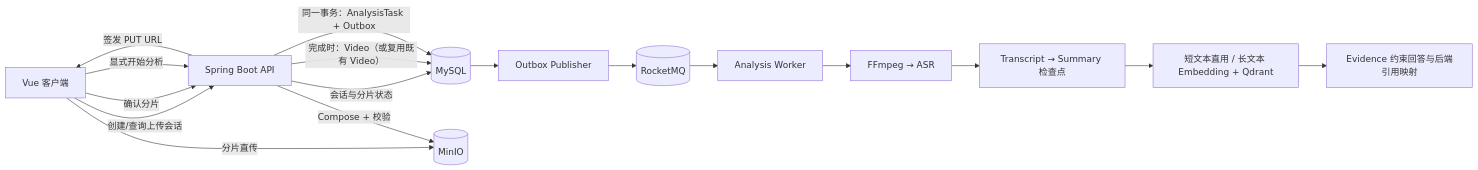
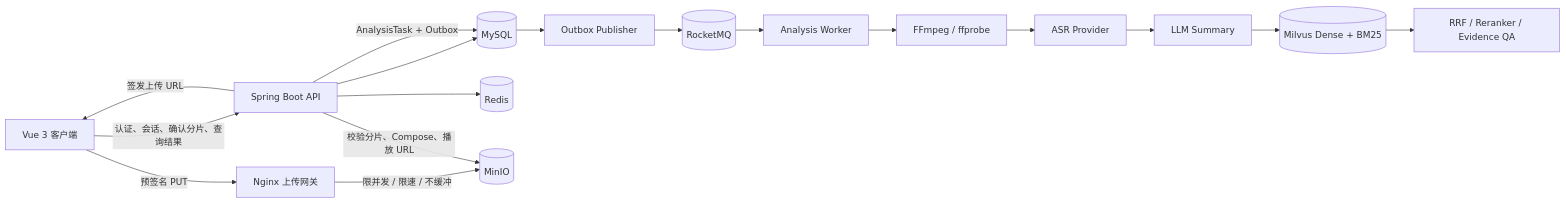
One commit to HHoverX/Video-agent changed the diagram in README.md. Above: the diagram before and after it, drawn with Mermaid. The commit also changed other lines of this file and 46 other files, not shown here.

````diff
--- a/README.md
+++ b/README.md
@@ -22,19 +37,20 @@
 ```mermaid
 flowchart LR
-    Browser["Vue 客户端"] -->|"创建/查询上传会话"| API["Spring Boot API"]
-    API -->|"会话与分片状态"| MySQL[(MySQL)]
-    API -->|"签发 PUT URL"| Browser
-    Browser -->|"分片直传"| MinIO[(MinIO)]
-    Browser -->|"确认分片"| API
-    API -->|"Compose + 校验"| MinIO
-    API -->|"完成时：Video（或复用既有 Video）"| MySQL
-    Browser -->|"显式开始分析"| API
-    API -->|"同一事务：AnalysisTask + Outbox"| MySQL
-    Outbox["Outbox Publisher"] --> MQ[(RocketMQ)]
-    MySQL --> Outbox
+    Browser["Vue 3 客户端"] -->|"认证、会话、确认分片、查询结果"| API["Spring Boot API"]
+    API --> MySQL[(MySQL)]
+    API --> Redis[(Redis)]
+    API -->|"签发上传 URL"| Browser
+    Browser -->|"预签名 PUT"| Gateway["Nginx 上传网关"]
+    Gateway -->|"限并发 / 限速 / 不缓冲"| MinIO[(MinIO)]
+    API -->|"校验分片、Compose、播放 URL"| MinIO
+
+    API -->|"AnalysisTask + Outbox"| MySQL
+    MySQL --> Publisher["Outbox Publisher"]
+    Publisher --> MQ[(RocketMQ)]
     MQ --> Worker["Analysis Worker"]
-    Worker --> FFmpeg["FFmpeg → ASR"]
-    FFmpeg --> Checkpoint["Transcript → Summary 检查点"]
-    Checkpoint --> RAG["短文本直用 / 长文本 Embedding + Qdrant"]
-    RAG --> QA["Evidence 约束回答与后端引用映射"]
+    Worker --> FFmpeg["FFmpeg / ffprobe"]
+    FFmpeg --> ASR["ASR Provider"]
+    ASR --> Summary["LLM Summary"]
+    Summary --> Milvus[(Milvus Dense + BM25)]
+    Milvus --> QA["RRF / Reranker / Evidence QA"]
 ```
````
